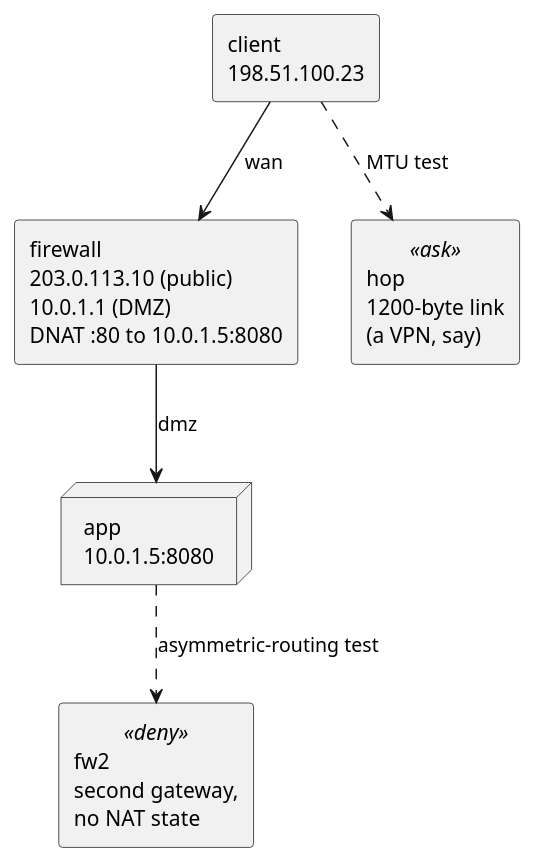
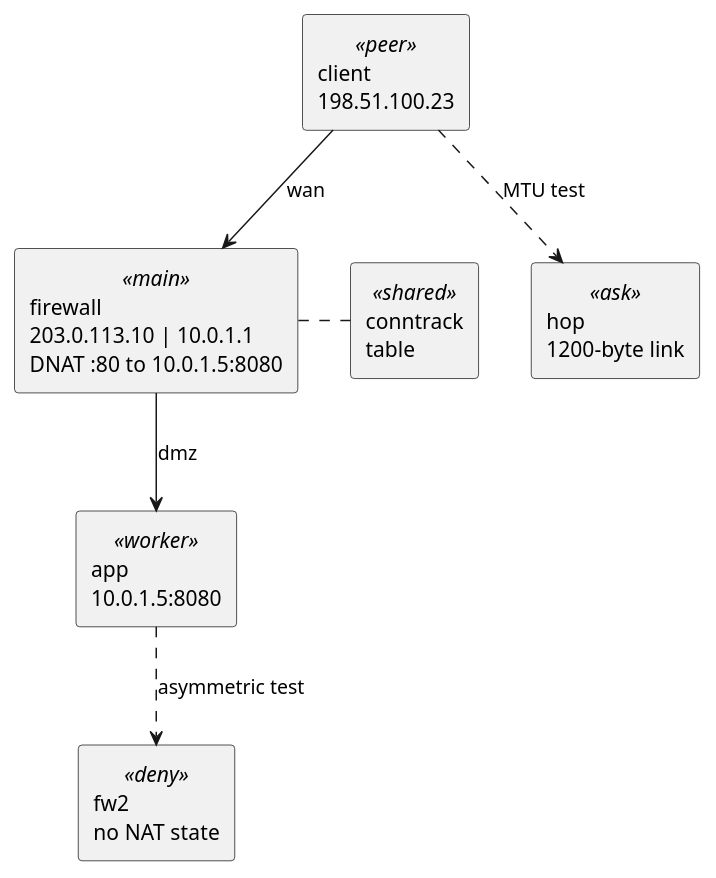
One commit to samadeep/samadeep.github.io changed the fourth of 9 diagrams in src/content/posts/2026-10-04-expose-intranet-app-to-internet.md. Above: the diagram before and after it, drawn with PlantUML. The commit also changed other lines of this file and 49 other files, not shown here.

First line of the commit message:
Visual-first post, reference-style diagrams, analytics and reactions (#9)

````diff
--- a/src/content/posts/2026-10-04-expose-intranet-app-to-internet.md
+++ b/src/content/posts/2026-10-04-expose-intranet-app-to-internet.md
@@ -101,13 +128,15 @@
-```plantuml title="Figure 3: lab topology. Each box is a Linux network namespace."
+```plantuml title="Figure 4: the lab. Each box is a Linux network namespace on one machine."
 @startuml
-rectangle "client\n198.51.100.23" as C
-rectangle "firewall\n203.0.113.10 (public)\n10.0.1.1 (DMZ)\nDNAT :80 to 10.0.1.5:8080" as F
-node "app\n10.0.1.5:8080" as A
-rectangle "fw2\nsecond gateway,\nno NAT state" <<deny>> as F2
-rectangle "hop\n1200-byte link\n(a VPN, say)" <<ask>> as H
+rectangle "client\n198.51.100.23" <<peer>> as C
+rectangle "firewall\n203.0.113.10 | 10.0.1.1\nDNAT :80 to 10.0.1.5:8080" <<main>> as F
+rectangle "conntrack\ntable" <<shared>> as T
+rectangle "app\n10.0.1.5:8080" <<worker>> as A
+rectangle "hop\n1200-byte link" <<ask>> as H
+rectangle "fw2\nno NAT state" <<deny>> as F2
 C --> F : wan
 F --> A : dmz
-A ..> F2 : asymmetric-routing test
+F .right. T
 C ..> H : MTU test
+A ..> F2 : asymmetric test
 @enduml
 ```
````
